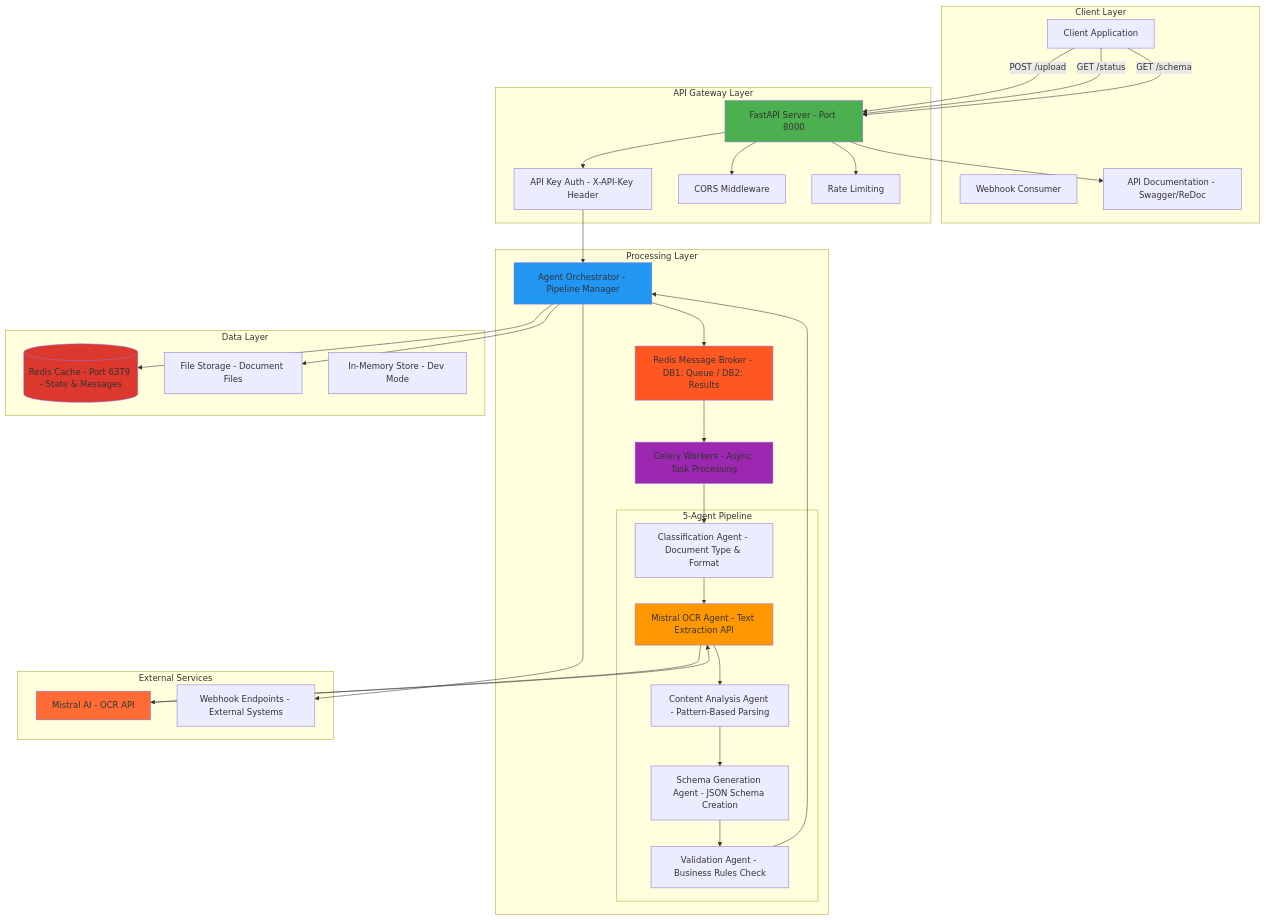
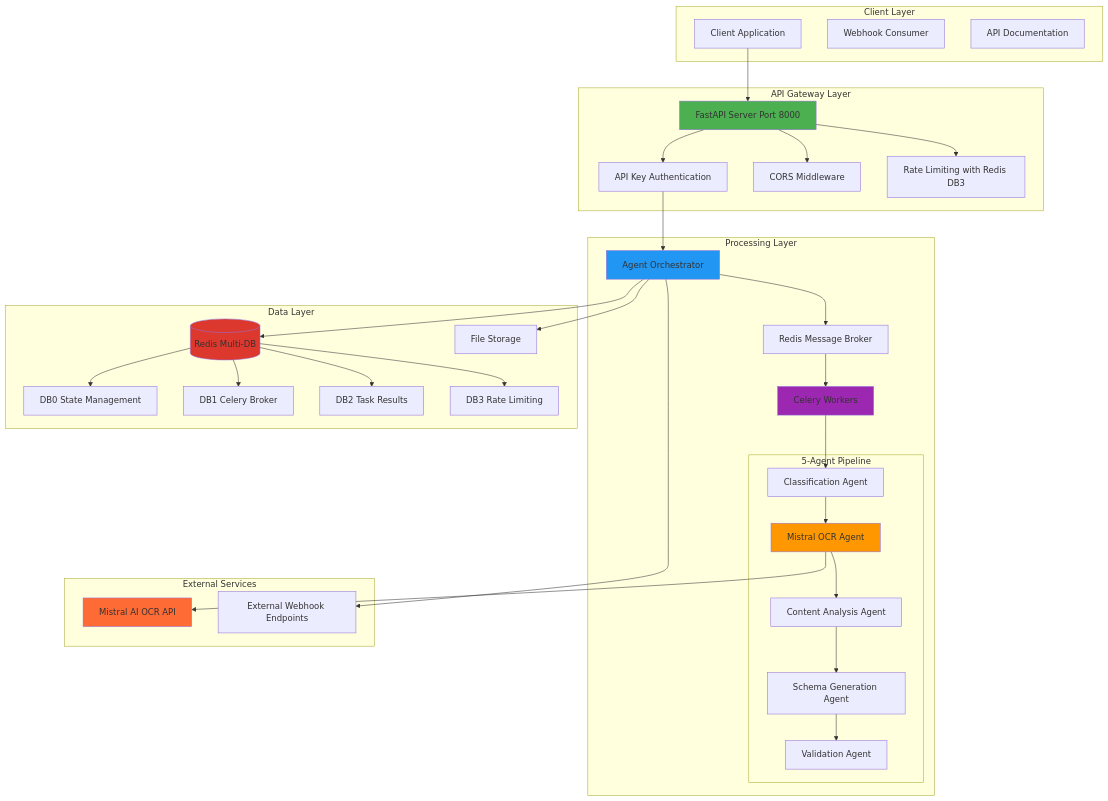
The first of 4 diagrams in README.md (Tony363/document-ingestion-agent), drawn with Mermaid before and after one commit. The commit also changed other lines of this file, not shown here.

````diff
--- a/README.md
+++ b/README.md
@@ -36,74 +37,73 @@
 ```mermaid
 graph TB
     subgraph ClientLayer ["Client Layer"]
         Client[Client Application]
         WebhookConsumer[Webhook Consumer]
-        Docs[API Documentation - Swagger/ReDoc]
+        Docs[API Documentation]
     end
     
     subgraph APILayer ["API Gateway Layer"]
-        FastAPI[FastAPI Server - Port 8000]
-        Auth[API Key Auth - X-API-Key Header]
+        FastAPI[FastAPI Server Port 8000]
+        Auth[API Key Authentication]
         CORS[CORS Middleware]
-        Rate[Rate Limiting]
+        RateLimit[Rate Limiting with Redis DB3]
     end
     
     subgraph ProcessingLayer ["Processing Layer"]
-        Orchestrator[Agent Orchestrator - Pipeline Manager]
-        CeleryWorkers[Celery Workers - Async Task Processing]
-        TaskQueue[Redis Message Broker - DB1: Queue / DB2: Results]
+        Orchestrator[Agent Orchestrator]
+        CeleryWorkers[Celery Workers]
+        TaskQueue[Redis Message Broker]
         
         subgraph AgentPipeline ["5-Agent Pipeline"]
-            CA[Classification Agent - Document Type & Format]
-            OA[Mistral OCR Agent - Text Extraction API]
-            AA[Content Analysis Agent - Pattern-Based Parsing]
-            SA[Schema Generation Agent - JSON Schema Creation]
-            VA[Validation Agent - Business Rules Check]
+            CA[Classification Agent]
+            OA[Mistral OCR Agent]
+            AA[Content Analysis Agent]
+            SA[Schema Generation Agent]
+            VA[Validation Agent]
         end
     end
     
     subgraph DataLayer ["Data Layer"]
-        Redis[(Redis Cache - Port 6379 - State & Messages)]
-        Storage[File Storage - Document Files]
-        Memory[In-Memory Store - Dev Mode]
+        Redis[(Redis Multi-DB)]
+        RedisDB0[DB0 State Management]
+        RedisDB1[DB1 Celery Broker]
+        RedisDB2[DB2 Task Results]
+        RedisDB3[DB3 Rate Limiting]
+        Storage[File Storage]
     end
     
     subgraph ExternalServices ["External Services"]
-        MistralAPI[Mistral AI - OCR API]
-        WebhookURL[Webhook Endpoints - External Systems]
+        MistralAPI[Mistral AI OCR API]
+        WebhookURLs[External Webhook Endpoints]
     end
     
-    Client -->|POST /upload| FastAPI
-    Client -->|GET /status| FastAPI
-    Client -->|GET /schema| FastAPI
-    
+    Client --> FastAPI
     FastAPI --> Auth
     FastAPI --> CORS
-    FastAPI --> Rate
+    FastAPI --> RateLimit
     Auth --> Orchestrator
     
     Orchestrator --> TaskQueue
     TaskQueue --> CeleryWorkers
     CeleryWorkers --> CA
     CA --> OA
     OA --> MistralAPI
-    MistralAPI --> OA
     OA --> AA
     AA --> SA
     SA --> VA
-    VA --> Orchestrator
     
     Orchestrator --> Redis
+    Redis --> RedisDB0
+    Redis --> RedisDB1
+    Redis --> RedisDB2
+    Redis --> RedisDB3
     Orchestrator --> Storage
-    Orchestrator --> WebhookURL
-    
-    FastAPI --> Docs
+    Orchestrator --> WebhookURLs
     
     style FastAPI fill:#4CAF50
     style Orchestrator fill:#2196F3
     style Redis fill:#DC382D
     style OA fill:#FF9800
     style MistralAPI fill:#FF6B35
     style CeleryWorkers fill:#9C27B0
-    style TaskQueue fill:#FF5722
 ```
````
